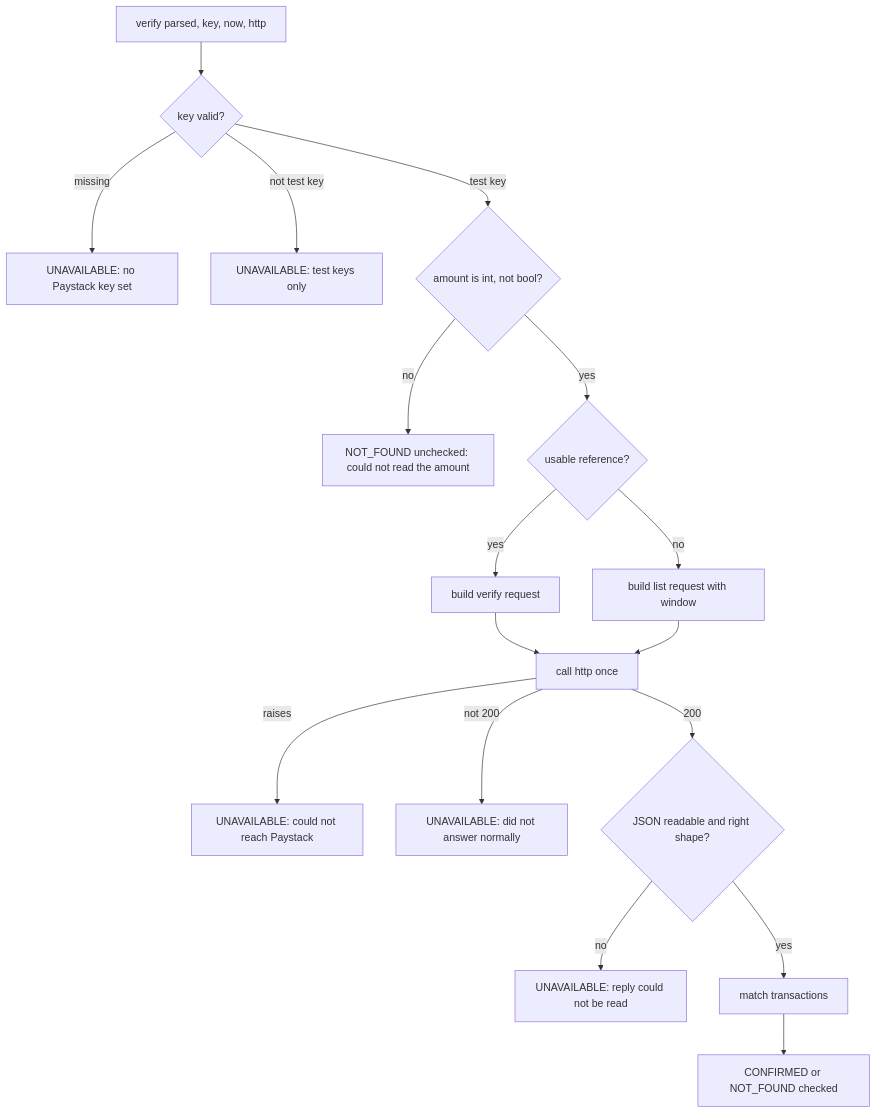
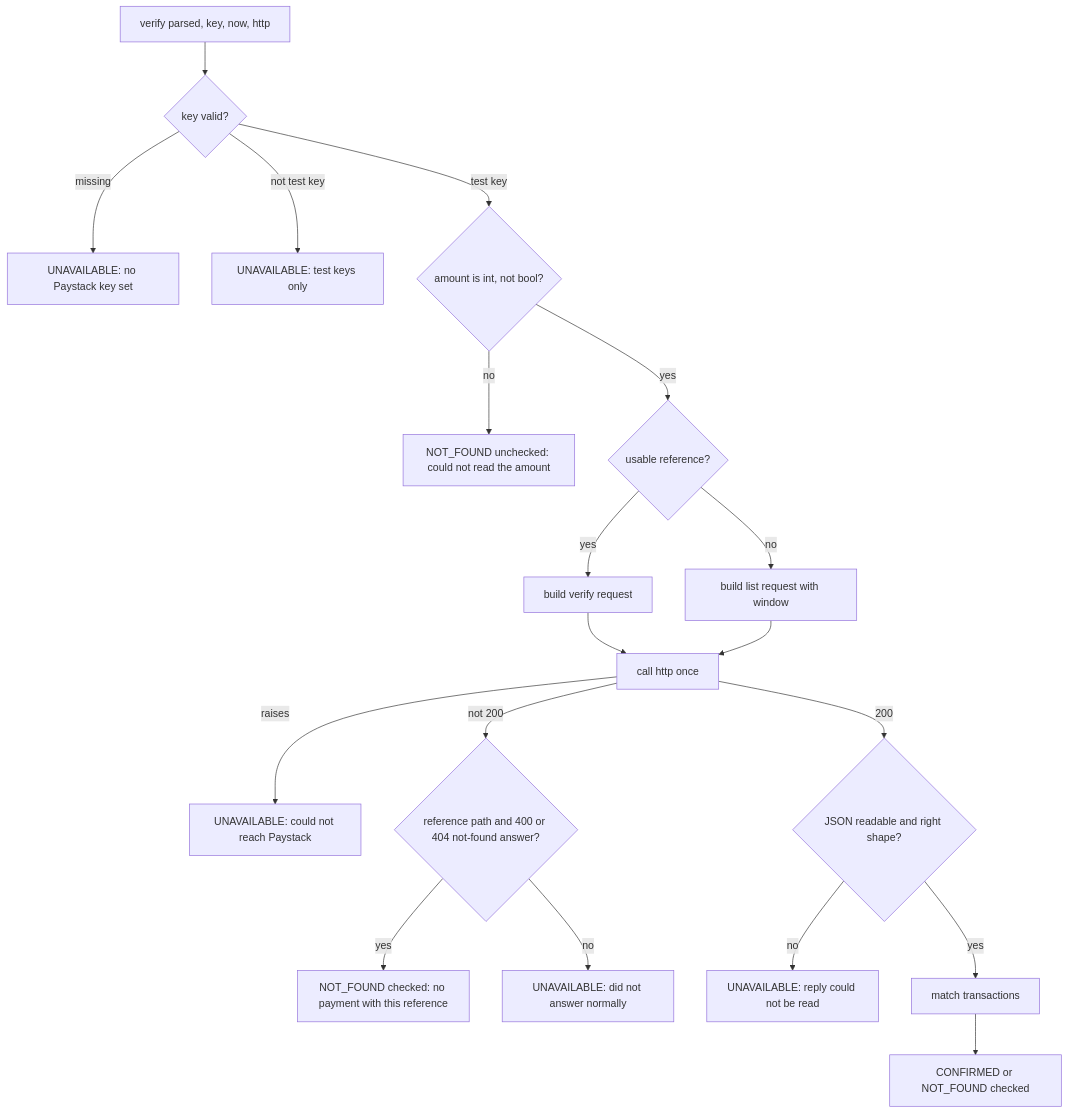
Before and after one commit to legendonthisone/ghost-credit: the diagram in .kiro/specs/paystack-verifier/design.md, drawn with Mermaid. The commit also changed other lines of this file and 4 other files, not shown here.

Commit message:
Treat unknown Paystack reference as NOT_FOUND

````diff
--- a/.kiro/specs/paystack-verifier/design.md
+++ b/.kiro/specs/paystack-verifier/design.md
@@ -20,19 +20,21 @@
 ```mermaid
 flowchart TD
     A[verify parsed, key, now, http] --> B{key valid?}
     B -- missing --> U1[UNAVAILABLE: no Paystack key set]
     B -- not test key --> U2[UNAVAILABLE: test keys only]
     B -- test key --> C{amount is int, not bool?}
     C -- no --> N1[NOT_FOUND unchecked: could not read the amount]
     C -- yes --> D{usable reference?}
     D -- yes --> E[build verify request]
     D -- no --> F[build list request with window]
     E --> G[call http once]
     F --> G
     G -- raises --> U3[UNAVAILABLE: could not reach Paystack]
-    G -- not 200 --> U4[UNAVAILABLE: did not answer normally]
+    G -- not 200 --> R{reference path and 400 or 404 not-found answer?}
+    R -- yes --> N2[NOT_FOUND checked: no payment with this reference]
+    R -- no --> U4[UNAVAILABLE: did not answer normally]
     G -- 200 --> H{JSON readable and right shape?}
     H -- no --> U5[UNAVAILABLE: reply could not be read]
     H -- yes --> I[match transactions]
     I --> J[CONFIRMED or NOT_FOUND checked]
 ```
````
